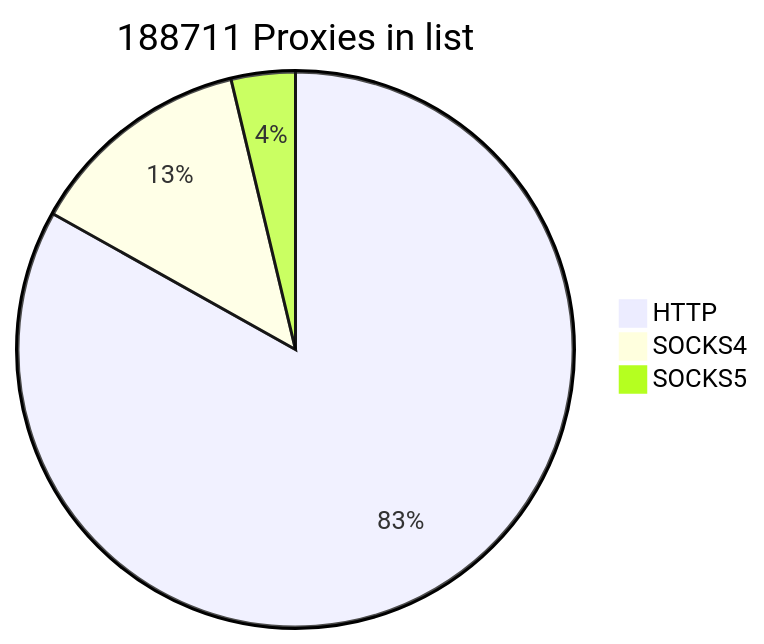
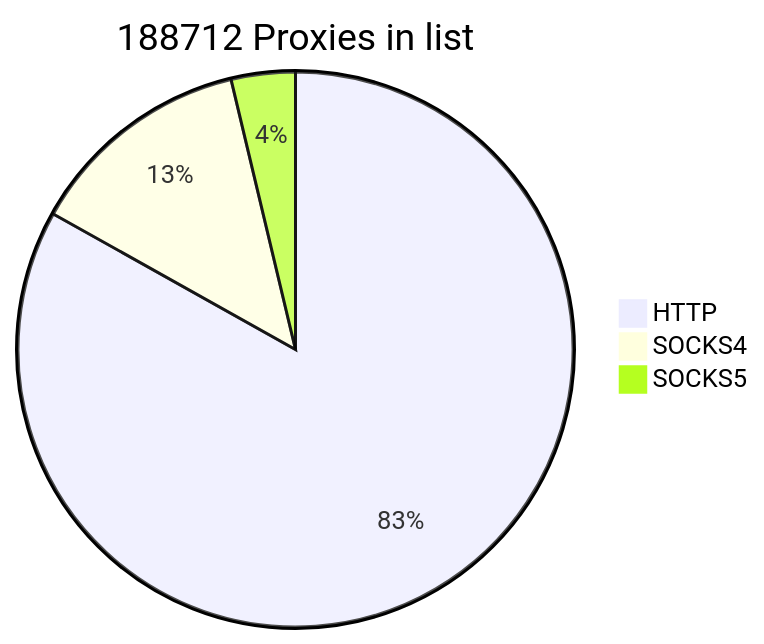
One commit to cutipu/proxylist changed the first of 2 diagrams in README.md. Above: the diagram before and after it, drawn with Mermaid. The commit also changed other lines of this file, not shown here.

````diff
--- a/README.md
+++ b/README.md
@@ -2,7 +2,7 @@
 ```mermaid
-pie title 188711 Proxies in list
+pie title 188712 Proxies in list
     "HTTP" : 156858
-    "SOCKS4" : 24819
+    "SOCKS4" : 24820
     "SOCKS5" : 7034
             
 ```
````
